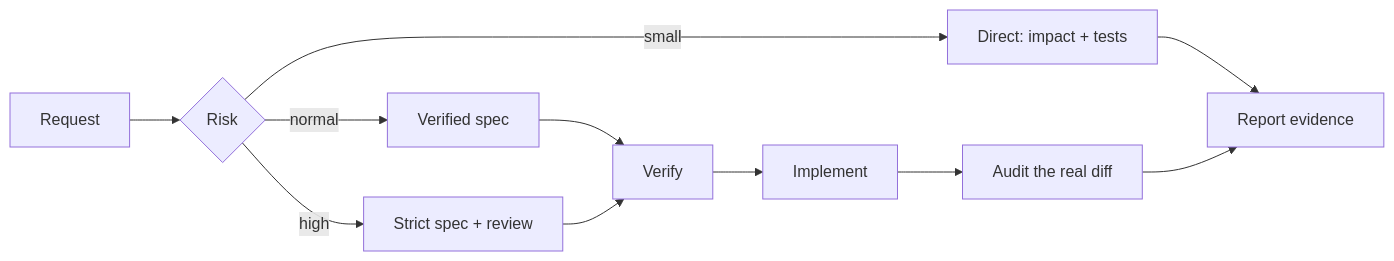
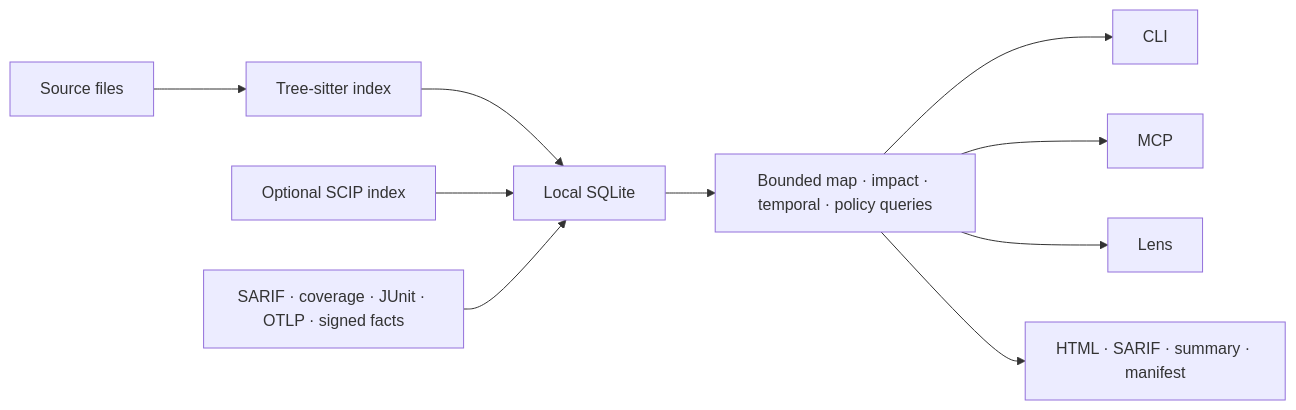
One commit to xcrft/mastermind changed the diagram in README.md. Above: the diagram before and after it, drawn with Mermaid. The commit also changed other lines of this file and 26 other files, not shown here.

````diff
--- a/README.md
+++ b/README.md
@@ -333,13 +75,12 @@
 ```mermaid
 flowchart LR
-  U["Request"] --> M{"Risk"}
-  M -->|small| D["Direct: impact + tests"]
-  M -->|normal| P["Verified spec"]
-  M -->|high| S["Strict spec + review"]
-  P --> V["Verify"]
-  S --> V
-  V --> E["Implement"]
-  E --> A["Audit the real diff"]
-  D --> R["Report evidence"]
-  A --> R
+  S["Source files"] --> T["Tree-sitter index"]
+  T --> D["Local SQLite"]
+  P["Optional SCIP index"] --> D
+  E["SARIF · coverage · JUnit · OTLP · signed facts"] --> D
+  D --> Q["Bounded map · impact · temporal · policy queries"]
+  Q --> C["CLI"]
+  Q --> M["MCP"]
+  Q --> L["Lens"]
+  Q --> R["HTML · SARIF · summary · manifest"]
 ```
````
